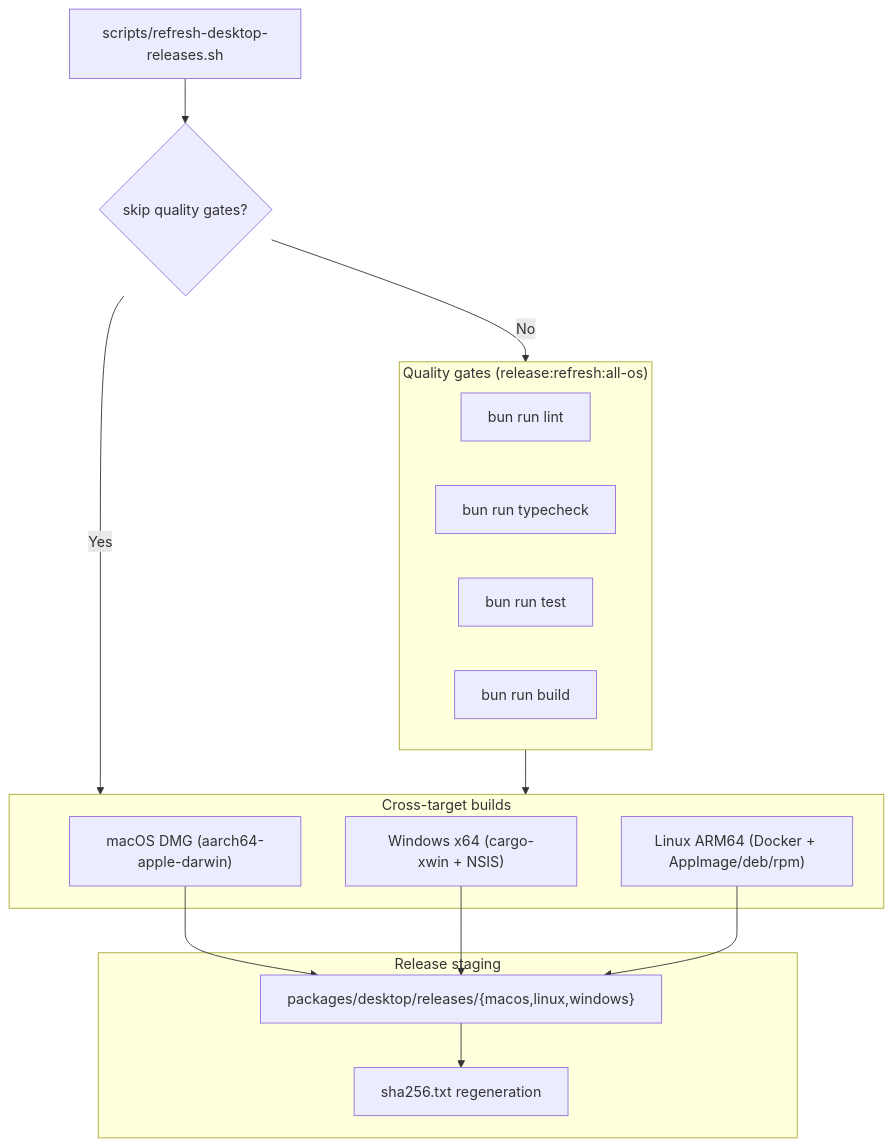
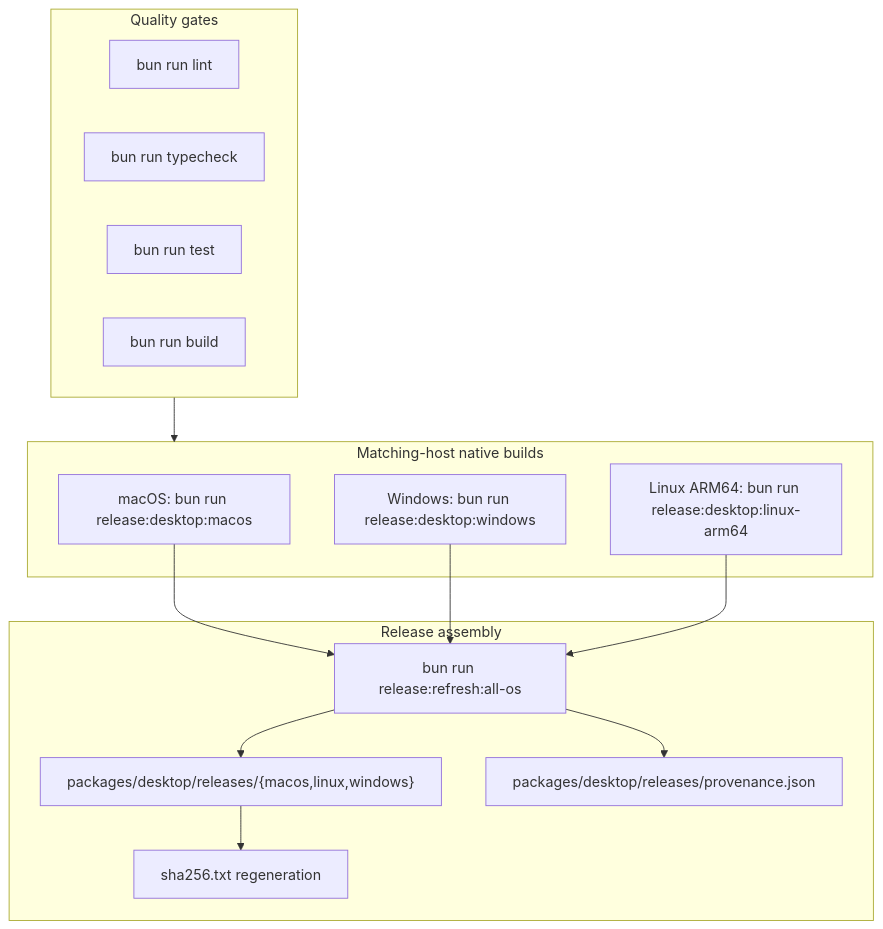
One commit to d4551/baobuildbuddy changed the diagram in packages/desktop/releases/README.md. Above: the diagram before and after it, drawn with Mermaid. The commit also changed other lines of this file and 6 other files, not shown here.

First line of the commit message:
Skip AppImage bundling on Linux ARM64

````diff
--- a/packages/desktop/releases/README.md
+++ b/packages/desktop/releases/README.md
@@ -29,30 +20,30 @@
 ```mermaid
 flowchart TD
-  Refresh["scripts/refresh-desktop-releases.sh"] --> QualityMode{"skip quality gates?"}
-
-  subgraph QualityGates["Quality gates (release:refresh:all-os)"]
+  subgraph QualityGates["Quality gates"]
     Lint["bun run lint"]
     Typecheck["bun run typecheck"]
     Test["bun run test"]
     Build["bun run build"]
   end
 
-  subgraph Targets["Cross-target builds"]
-    MacOS["macOS DMG (aarch64-apple-darwin)"]
-    Windows["Windows x64 (cargo-xwin + NSIS)"]
-    Linux["Linux ARM64 (Docker + AppImage/deb/rpm)"]
+  subgraph NativeBuilds["Matching-host native builds"]
+    MacOS["macOS: bun run release:desktop:macos"]
+    Windows["Windows: bun run release:desktop:windows"]
+    Linux["Linux ARM64: bun run release:desktop:linux-arm64"]
   end
 
-  subgraph Staging["Release staging"]
-    Stage["packages/desktop/releases/{macos,linux,windows}"]
+  subgraph Staging["Release assembly"]
+    Stage["bun run release:refresh:all-os"]
+    Releases["packages/desktop/releases/{macos,linux,windows}"]
+    Provenance["packages/desktop/releases/provenance.json"]
     Checksum["sha256.txt regeneration"]
   end
 
-  QualityMode -->|No| QualityGates
-  QualityMode -->|Yes| Targets
-  QualityGates --> Targets
+  QualityGates --> NativeBuilds
   MacOS --> Stage
   Windows --> Stage
   Linux --> Stage
-  Stage --> Checksum
+  Stage --> Releases
+  Stage --> Provenance
+  Releases --> Checksum
 ```
````
